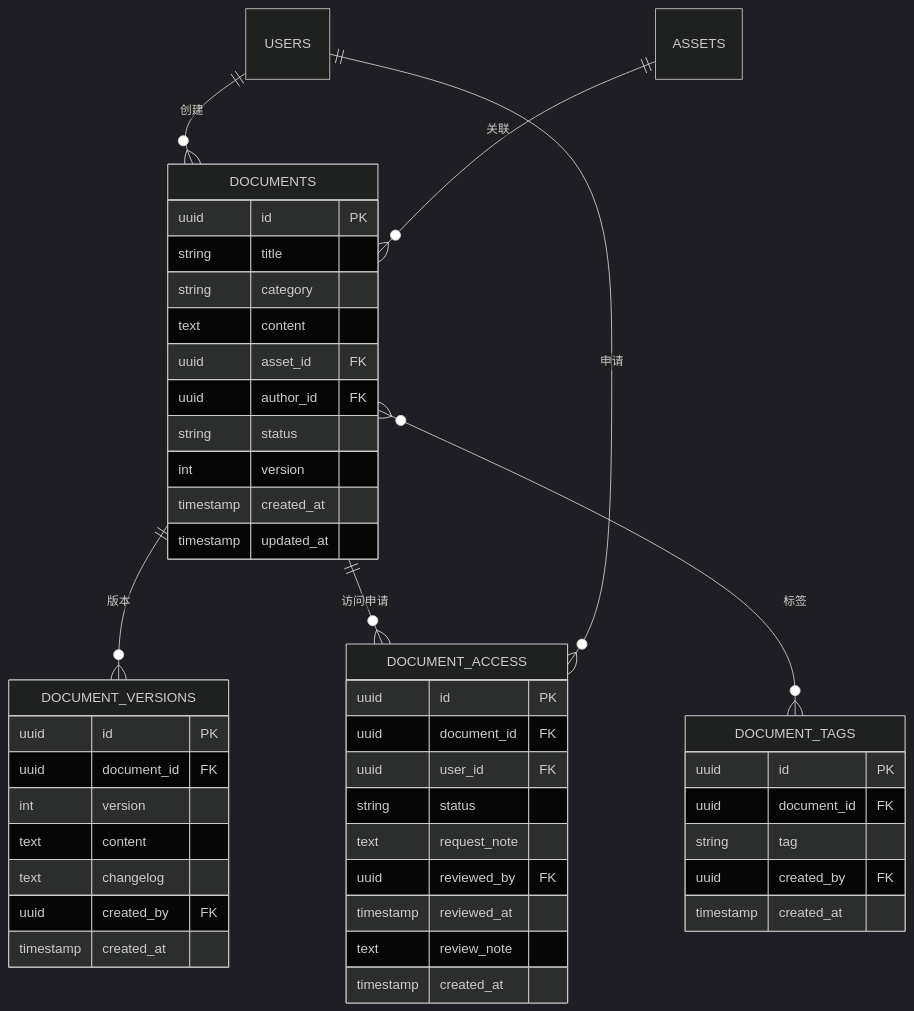
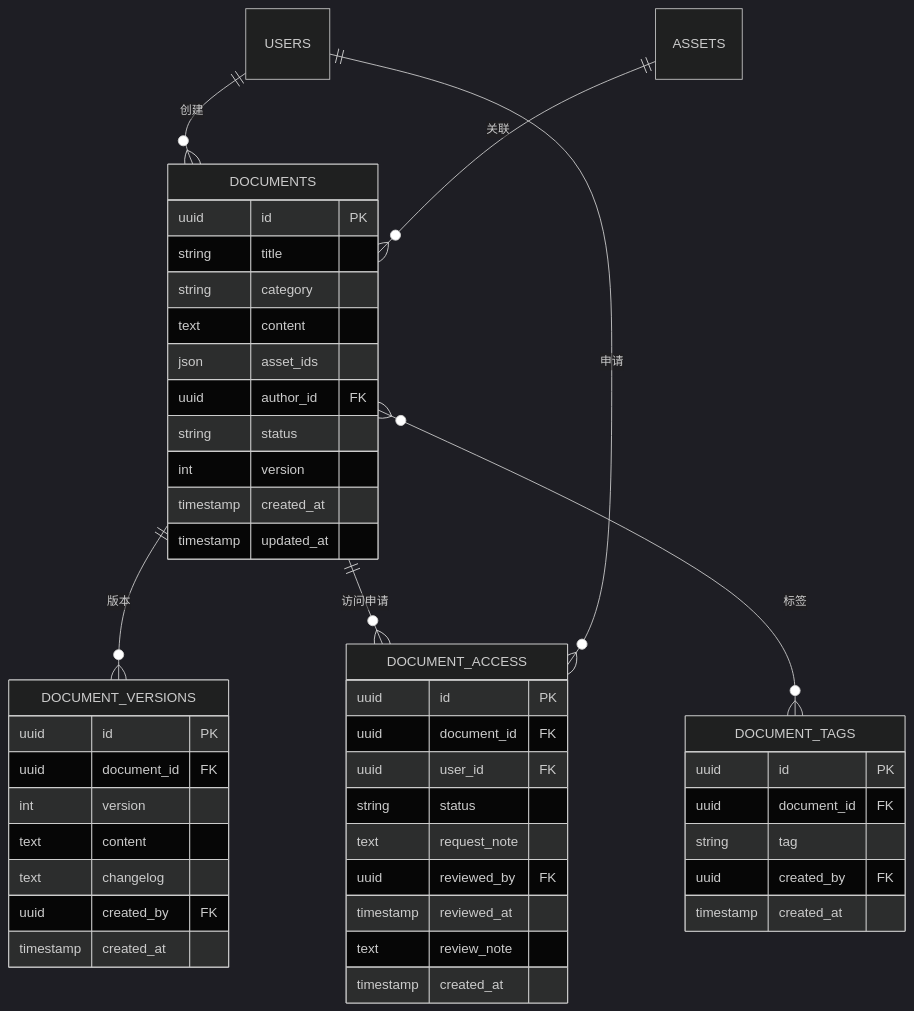
The third of 11 diagrams in docs/design/er_diagram.md (dayutech/Vuln-Audit-Lifecycle-Management), drawn with Mermaid (dark theme) before and after one commit. The commit also changed other lines of this file and 7 other files, not shown here.

````diff
--- a/docs/design/er_diagram.md
+++ b/docs/design/er_diagram.md
@@ -305,52 +304,52 @@
 ```mermaid
 erDiagram
     USERS ||--o{ DOCUMENTS : "创建"
     ASSETS ||--o{ DOCUMENTS : "关联"
     DOCUMENTS ||--o{ DOCUMENT_VERSIONS : "版本"
     DOCUMENTS ||--o{ DOCUMENT_ACCESS : "访问申请"
     DOCUMENTS }o--o{ DOCUMENT_TAGS : "标签"
     USERS ||--o{ DOCUMENT_ACCESS : "申请"
     
     DOCUMENTS {
         uuid id PK
         string title
         string category
         text content
-        uuid asset_id FK
+        json asset_ids
         uuid author_id FK
         string status
         int version
         timestamp created_at
         timestamp updated_at
     }
     
     DOCUMENT_VERSIONS {
         uuid id PK
         uuid document_id FK
         int version
         text content
         text changelog
         uuid created_by FK
         timestamp created_at
     }
     
     DOCUMENT_ACCESS {
         uuid id PK
         uuid document_id FK
         uuid user_id FK
         string status
         text request_note
         uuid reviewed_by FK
         timestamp reviewed_at
         text review_note
         timestamp created_at
     }
     
     DOCUMENT_TAGS {
         uuid id PK
         uuid document_id FK
         string tag
         uuid created_by FK
         timestamp created_at
     }
 ```
````
